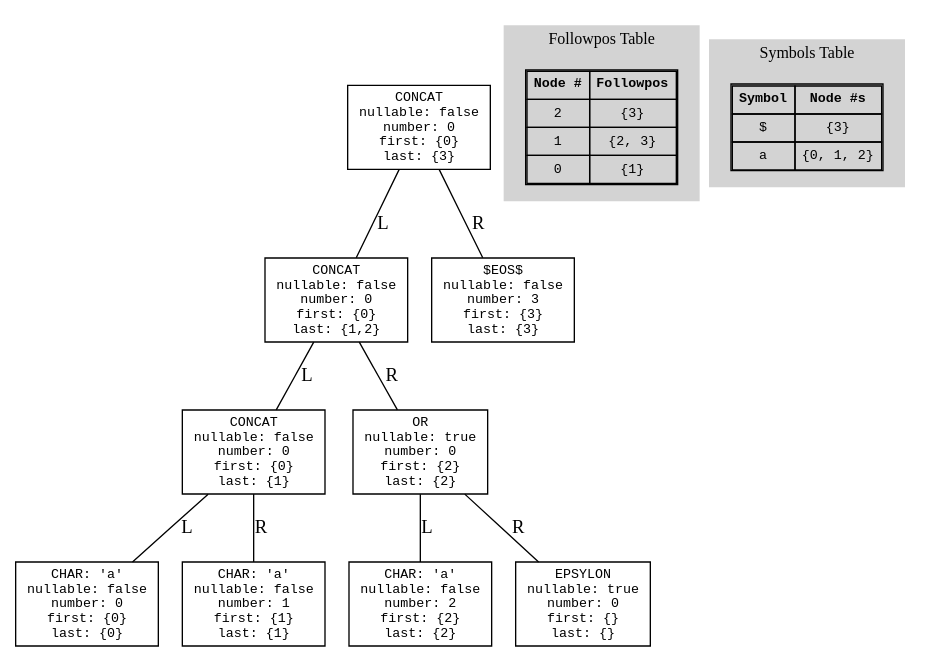
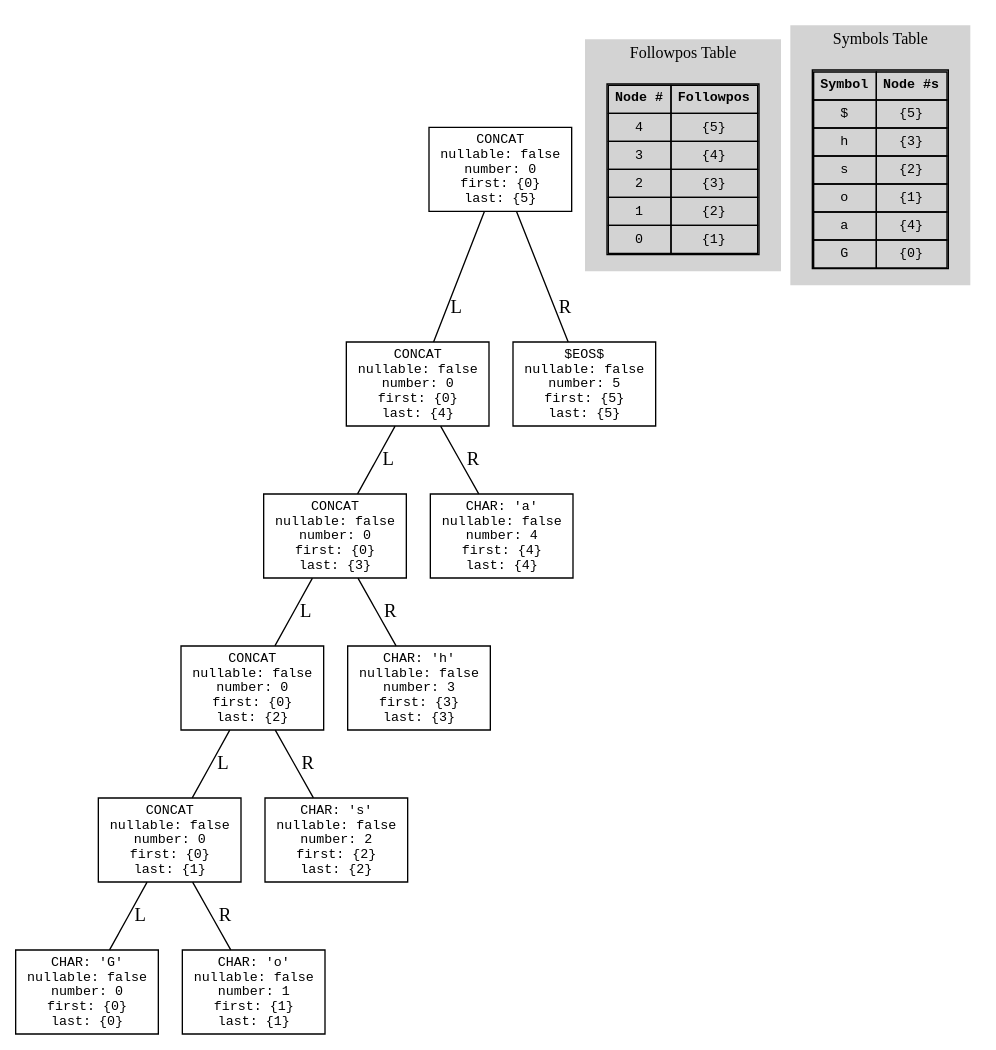
One commit to HotHeadd/automata25_mephi changed the diagram in 2/visuals/ast_plus.dot. Above: the diagram before and after it, drawn with Graphviz. The commit also changed 9 other files, not shown here.

```diff
--- a/2/visuals/ast_plus.dot
+++ b/2/visuals/ast_plus.dot
@@ -1,53 +1,63 @@
 digraph SyntaxTree {
   node [shape=box, fontname="Courier", fontsize=10];
   edge [arrowhead=none];
 
-  0 [label="CONCAT\nnullable: false\nnumber: 0\nfirst: {0}\nlast: {3}"];
-  1 [label="CONCAT\nnullable: false\nnumber: 0\nfirst: {0}\nlast: {1,2}"];
-  2 [label="CONCAT\nnullable: false\nnumber: 0\nfirst: {0}\nlast: {1}"];
-  3 [label="CHAR: 'a'\nnullable: false\nnumber: 0\nfirst: {0}\nlast: {0}"];
+  0 [label="CONCAT\nnullable: false\nnumber: 0\nfirst: {0}\nlast: {5}"];
+  1 [label="CONCAT\nnullable: false\nnumber: 0\nfirst: {0}\nlast: {4}"];
+  2 [label="CONCAT\nnullable: false\nnumber: 0\nfirst: {0}\nlast: {3}"];
+  3 [label="CONCAT\nnullable: false\nnumber: 0\nfirst: {0}\nlast: {2}"];
+  4 [label="CONCAT\nnullable: false\nnumber: 0\nfirst: {0}\nlast: {1}"];
+  5 [label="CHAR: 'G'\nnullable: false\nnumber: 0\nfirst: {0}\nlast: {0}"];
+  4 -> 5 [label="L"];
+  6 [label="CHAR: 'o'\nnullable: false\nnumber: 1\nfirst: {1}\nlast: {1}"];
+  4 -> 6 [label="R"];
+  3 -> 4 [label="L"];
+  7 [label="CHAR: 's'\nnullable: false\nnumber: 2\nfirst: {2}\nlast: {2}"];
+  3 -> 7 [label="R"];
   2 -> 3 [label="L"];
-  4 [label="CHAR: 'a'\nnullable: false\nnumber: 1\nfirst: {1}\nlast: {1}"];
-  2 -> 4 [label="R"];
+  8 [label="CHAR: 'h'\nnullable: false\nnumber: 3\nfirst: {3}\nlast: {3}"];
+  2 -> 8 [label="R"];
   1 -> 2 [label="L"];
-  5 [label="OR\nnullable: true\nnumber: 0\nfirst: {2}\nlast: {2}"];
-  6 [label="CHAR: 'a'\nnullable: false\nnumber: 2\nfirst: {2}\nlast: {2}"];
-  5 -> 6 [label="L"];
-  7 [label="EPSYLON\nnullable: true\nnumber: 0\nfirst: {}\nlast: {}"];
-  5 -> 7 [label="R"];
-  1 -> 5 [label="R"];
+  9 [label="CHAR: 'a'\nnullable: false\nnumber: 4\nfirst: {4}\nlast: {4}"];
+  1 -> 9 [label="R"];
   0 -> 1 [label="L"];
-  8 [label="$EOS$\nnullable: false\nnumber: 3\nfirst: {3}\nlast: {3}"];
-  0 -> 8 [label="R"];
+  10 [label="$EOS$\nnullable: false\nnumber: 5\nfirst: {5}\nlast: {5}"];
+  0 -> 10 [label="R"];
 
   subgraph cluster_followpos {
     label="Followpos Table";
     fontsize=12;
     style=filled;
     color=lightgrey;
     node [shape=plaintext];
     follow_table [label=<
       <table border="1" cellborder="1" cellspacing="0" cellpadding="4">
         <tr><td><b>Node #</b></td><td><b>Followpos</b></td></tr>
+        <tr><td>4</td><td>{5}</td></tr>
+        <tr><td>3</td><td>{4}</td></tr>
         <tr><td>2</td><td>{3}</td></tr>
-        <tr><td>1</td><td>{2, 3}</td></tr>
+        <tr><td>1</td><td>{2}</td></tr>
         <tr><td>0</td><td>{1}</td></tr>
       </table>
     >];
   }
 
   subgraph cluster_symbols {
     label="Symbols Table";
     fontsize=12;
     style=filled;
     color=lightgrey;
     node [shape=plaintext];
     symbols_table [label=<
       <table border="1" cellborder="1" cellspacing="0" cellpadding="4">
         <tr><td><b>Symbol</b></td><td><b>Node #s</b></td></tr>
-        <tr><td>$</td><td>{3}</td></tr>
-        <tr><td>a</td><td>{0, 1, 2}</td></tr>
+        <tr><td>$</td><td>{5}</td></tr>
+        <tr><td>h</td><td>{3}</td></tr>
+        <tr><td>s</td><td>{2}</td></tr>
+        <tr><td>o</td><td>{1}</td></tr>
+        <tr><td>a</td><td>{4}</td></tr>
+        <tr><td>G</td><td>{0}</td></tr>
       </table>
     >];
   }
 }
```
